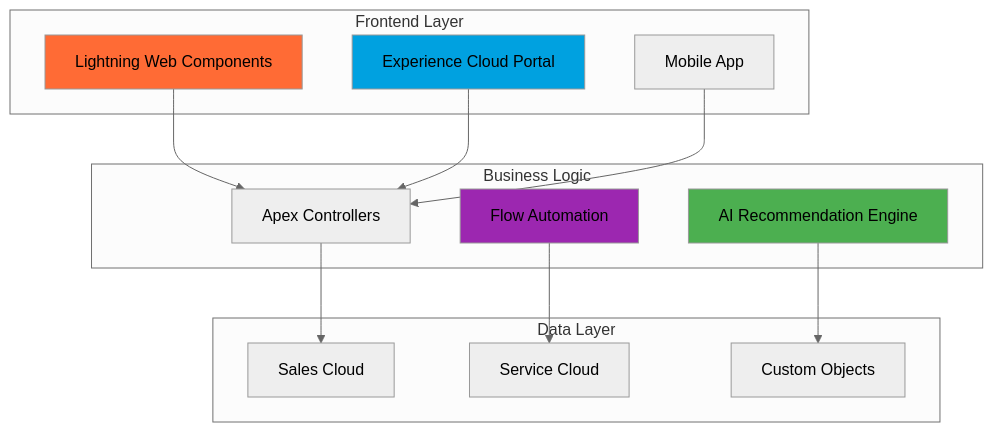
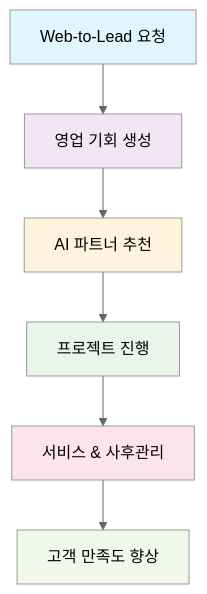
Before and after one commit to WJY-ador/Salesforce_Yashija_Project: the first of 4 diagrams in README.md, drawn with Mermaid (neutral theme). The commit also changed other lines of this file, not shown here.

````diff
--- a/README.md
+++ b/README.md
@@ -143,32 +73,15 @@
 ```mermaid
-graph TB
-    subgraph "Frontend Layer"
-        A[Lightning Web Components]
-        B[Experience Cloud Portal]
-        C[Mobile App]
-    end
+graph TD
+    A[Web-to-Lead 요청] --> B[영업 기회 생성]
+    B --> C[AI 파트너 추천]
+    C --> D[프로젝트 진행]
+    D --> E[서비스 & 사후관리]
+    E --> F[고객 만족도 향상]
     
-    subgraph "Business Logic"
-        D[Apex Controllers]
-        E[Flow Automation]
-        F[AI Recommendation Engine]
-    end
-    
-    subgraph "Data Layer"
-        G[Sales Cloud]
-        H[Service Cloud]
-        I[Custom Objects]
-    end
-    
-    A --> D
-    B --> D
-    C --> D
-    D --> G
-    E --> H
-    F --> I
-    
-    style A fill:#FF6B35
-    style B fill:#00A1E0
-    style E fill:#9C27B0
-    style F fill:#4CAF50
+    style A fill:#e1f5fe
+    style B fill:#f3e5f5
+    style C fill:#fff3e0
+    style D fill:#e8f5e8
+    style E fill:#fce4ec
+    style F fill:#f1f8e9
 ```
````
